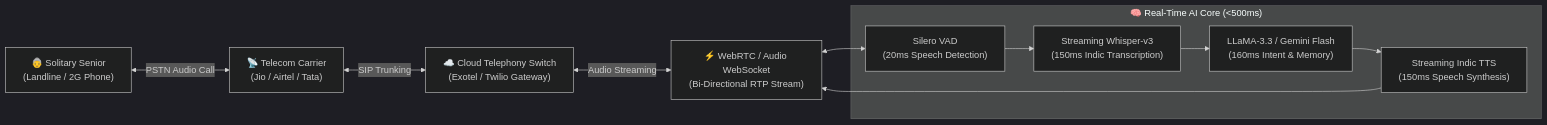
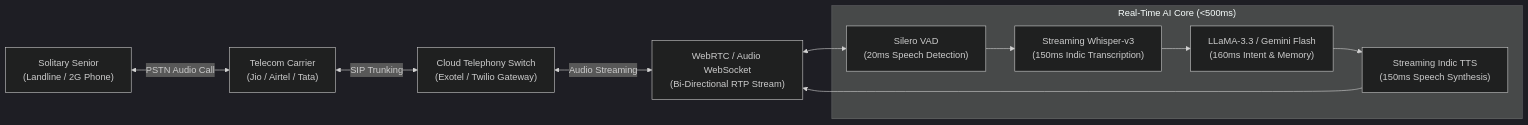
The diagram in wiki/src/content/docs/book/05-current-hurdles-and-telephony-stack.md (sagar-anmol/gcfp), drawn with Mermaid (dark theme) before and after one commit. The commit also changed other lines of this file and 20 other files, not shown here.

````diff
--- a/wiki/src/content/docs/book/05-current-hurdles-and-telephony-stack.md
+++ b/wiki/src/content/docs/book/05-current-hurdles-and-telephony-stack.md
@@ -48,23 +48,23 @@
 ```mermaid
 flowchart LR
-    Senior["👵 Solitary Senior\n(Landline / 2G Phone)"]
-    Telco["📡 Telecom Carrier\n(Jio / Airtel / Tata)"]
-    Gateway["☁️ Cloud Telephony Switch\n(Exotel / Twilio Gateway)"]
-    Streamer["⚡ WebRTC / Audio WebSocket\n(Bi-Directional RTP Stream)"]
+ Senior["Solitary Senior\n(Landline / 2G Phone)"]
+ Telco["Telecom Carrier\n(Jio / Airtel / Tata)"]
+ Gateway["Cloud Telephony Switch\n(Exotel / Twilio Gateway)"]
+ Streamer["WebRTC / Audio WebSocket\n(Bi-Directional RTP Stream)"]
     
-    subgraph Sarthi_Core ["🧠 Real-Time AI Core (<500ms)"]
+ subgraph Sarthi_Core ["Real-Time AI Core (<500ms)"]
         VAD["Silero VAD\n(20ms Speech Detection)"]
         ASR["Streaming Whisper-v3\n(150ms Indic Transcription)"]
         LLM["LLaMA-3.3 / Gemini Flash\n(160ms Intent & Memory)"]
         TTS["Streaming Indic TTS\n(150ms Speech Synthesis)"]
     end
 
     Senior <-->|PSTN Audio Call| Telco
     Telco <-->|SIP Trunking| Gateway
     Gateway <-->|Audio Streaming| Streamer
     Streamer <--> VAD
     VAD --> ASR
     ASR --> LLM
     LLM --> TTS
     TTS --> Streamer
 ```
````
